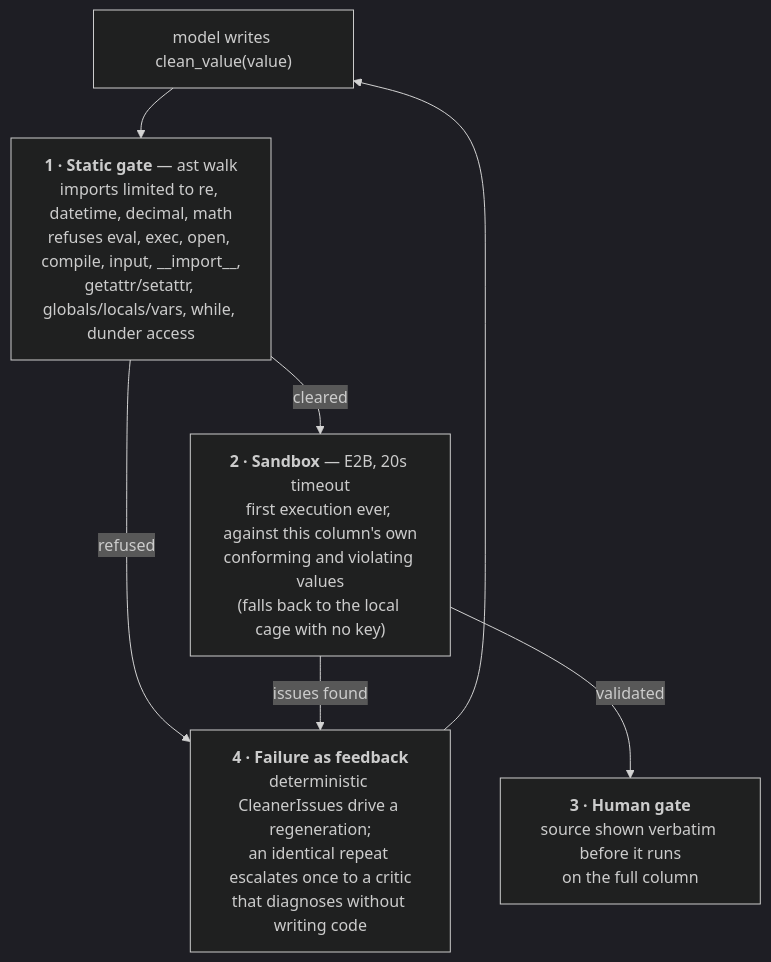
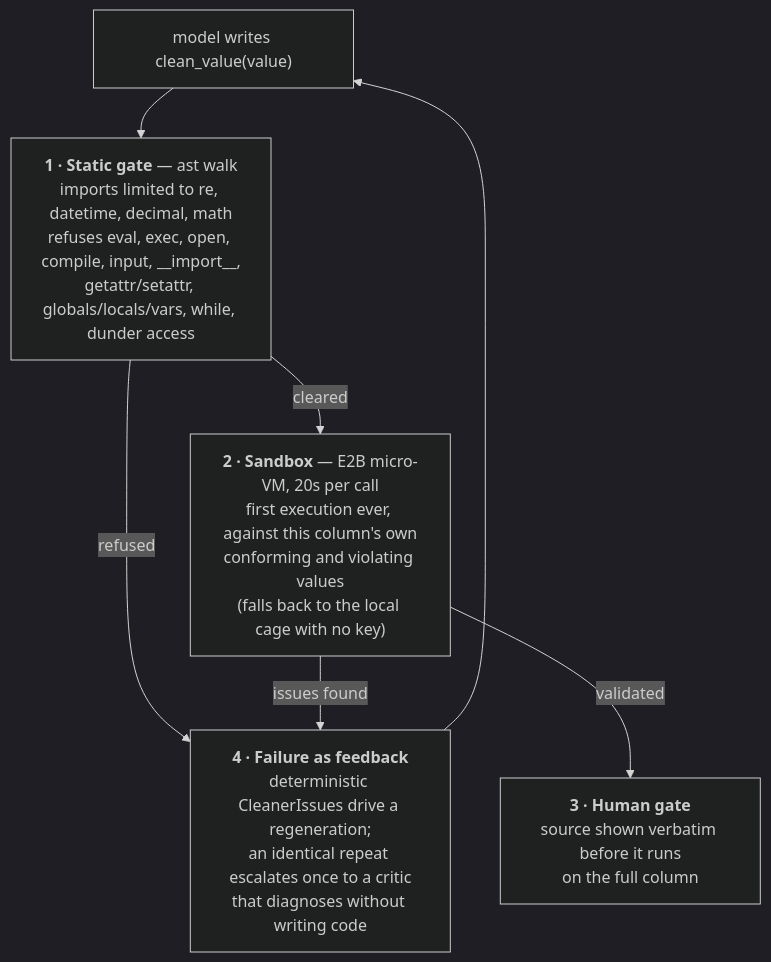
One commit to simonefilosofi/Reply_multi-agents_project_810431 changed the third of 3 diagrams in README.md. Above: the diagram before and after it, drawn with Mermaid (dark theme). The commit also changed other lines of this file and 3 other files, not shown here.

````diff
--- a/README.md
+++ b/README.md
@@ -357,13 +399,13 @@
 ```mermaid
 flowchart TB
   GEN["model writes clean_value(value)"] --> GATE
   GATE["<b>1 · Static gate</b> — ast walk<br/>imports limited to re, datetime, decimal, math<br/>refuses eval, exec, open, compile, input, __import__,<br/>getattr/setattr, globals/locals/vars, while, dunder access"]
   GATE -->|refused| FEED
   GATE -->|cleared| SBX
-  SBX["<b>2 · Sandbox</b> — E2B, 20s timeout<br/>first execution ever, against this column's own<br/>conforming and violating values<br/>(falls back to the local cage with no key)"]
+  SBX["<b>2 · Sandbox</b> — E2B micro-VM, 20s per call<br/>first execution ever, against this column's own<br/>conforming and violating values<br/>(falls back to the local cage with no key)"]
   SBX -->|issues found| FEED
   SBX -->|validated| HUM
   FEED["<b>4 · Failure as feedback</b><br/>deterministic CleanerIssues drive a regeneration;<br/>an identical repeat escalates once to a critic<br/>that diagnoses without writing code"]
   FEED --> GEN
   HUM["<b>3 · Human gate</b><br/>source shown verbatim before it runs<br/>on the full column"]
 ```
````
